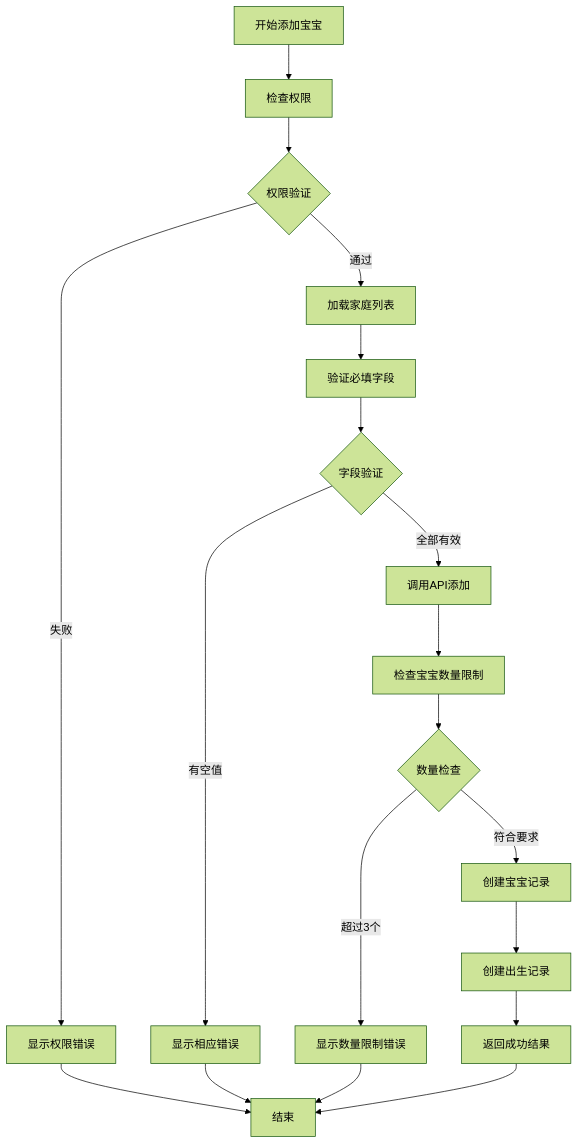
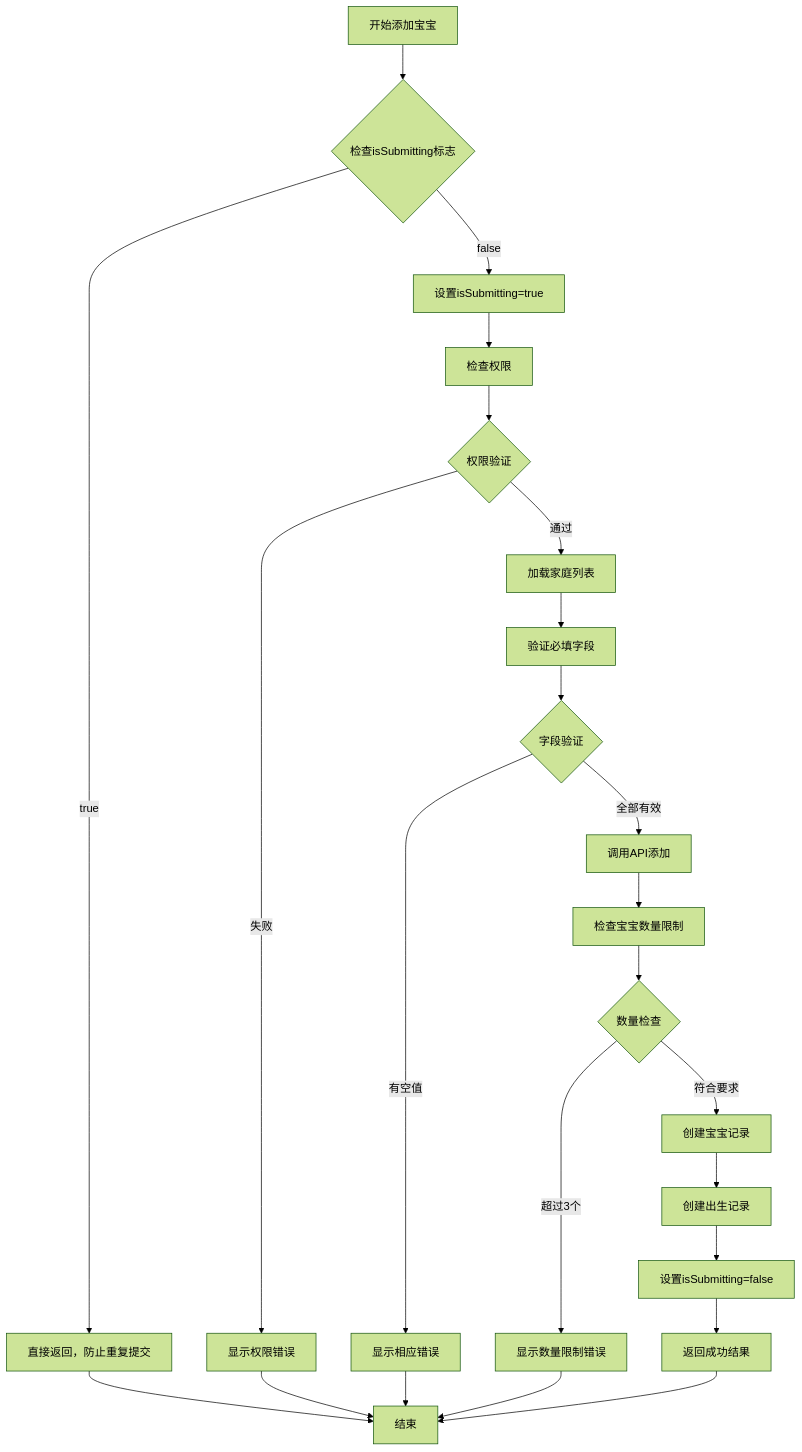
The fourth of 8 diagrams in .qoder/repowiki/zh/content/核心功能模块/宝宝信息管理.md (zhangxin19911211-creator/Project_BabyAssistant), drawn with Mermaid (forest theme) before and after one commit. The commit also changed other lines of this file and 24 other files, not shown here.

````diff
--- a/.qoder/repowiki/zh/content/核心功能模块/宝宝信息管理.md
+++ b/.qoder/repowiki/zh/content/核心功能模块/宝宝信息管理.md
@@ -177,21 +190,26 @@
 ```mermaid
 flowchart TD
-A[开始添加宝宝] --> B[检查权限]
-B --> C{权限验证}
-C --> |通过| D[加载家庭列表]
-C --> |失败| E[显示权限错误]
-D --> F[验证必填字段]
-F --> G{字段验证}
-G --> |有空值| H[显示相应错误]
-G --> |全部有效| I[调用API添加]
-I --> J[检查宝宝数量限制]
-J --> K{数量检查}
-K --> |超过3个| L[显示数量限制错误]
-K --> |符合要求| M[创建宝宝记录]
-M --> N[创建出生记录]
-N --> O[返回成功结果]
-E --> P[结束]
-H --> P
-L --> P
-O --> P
+A[开始添加宝宝] --> B{检查isSubmitting标志}
+B --> |true| C[直接返回，防止重复提交]
+B --> |false| D[设置isSubmitting=true]
+D --> E[检查权限]
+E --> F{权限验证}
+F --> |通过| G[加载家庭列表]
+F --> |失败| H[显示权限错误]
+G --> I[验证必填字段]
+I --> J{字段验证}
+J --> |有空值| K[显示相应错误]
+J --> |全部有效| L[调用API添加]
+L --> M[检查宝宝数量限制]
+M --> N{数量检查}
+N --> |超过3个| O[显示数量限制错误]
+N --> |符合要求| P[创建宝宝记录]
+P --> Q[创建出生记录]
+Q --> R[设置isSubmitting=false]
+R --> S[返回成功结果]
+C --> T[结束]
+H --> T
+K --> T
+O --> T
+S --> T
 ```
````
